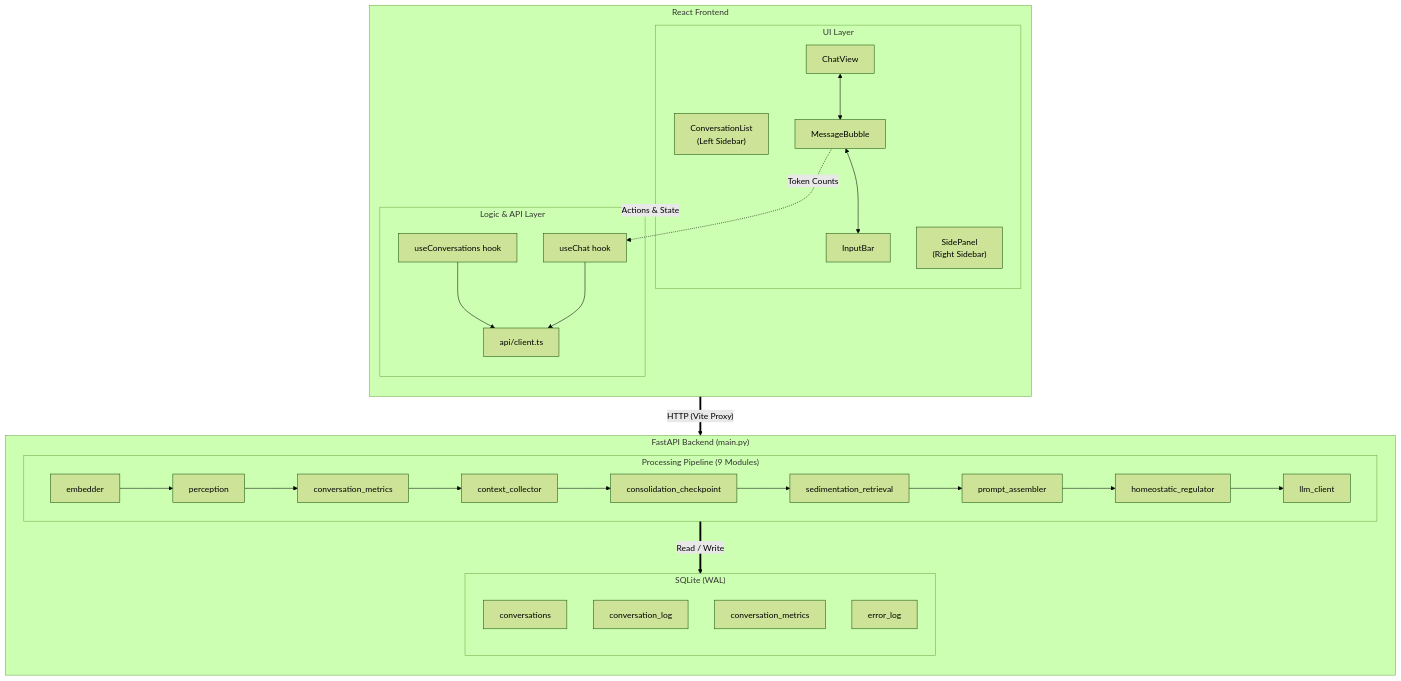
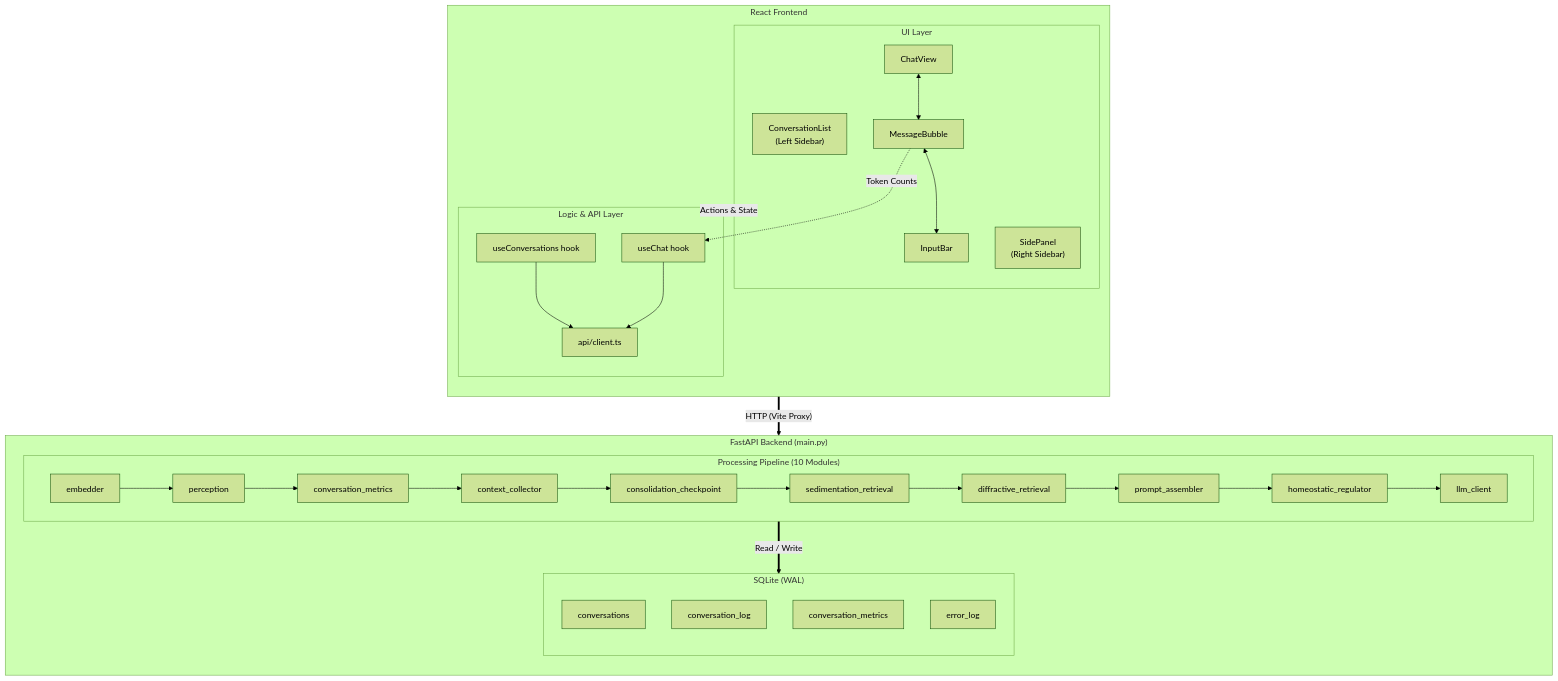
One commit to sympoietic-systems/AAA changed the first of 5 diagrams in docs/ARCHITECTURE.md. Above: the diagram before and after it, drawn with Mermaid (forest theme). The commit also changed other lines of this file and 17 other files, not shown here.

Commit message:
feat: implement diffractive retrieval module to mitigate conversational stagnation via dynamic lateral context injection and real-time telemetry

````diff
--- a/docs/ARCHITECTURE.md
+++ b/docs/ARCHITECTURE.md
@@ -5,41 +5,41 @@
 ```mermaid
 graph TB
     subgraph Frontend ["React Frontend"]
         direction TB
         subgraph Components ["UI Layer"]
             CL["ConversationList<br/>(Left Sidebar)"]
             CV["ChatView"]
             MB["MessageBubble"]
             IB["InputBar"]
             SP["SidePanel<br/>(Right Sidebar)"]
         end
         subgraph Logic ["Logic & API Layer"]
             UC["useChat hook"]
             UCO["useConversations hook"]
             AC["api/client.ts"]
         end
         CV <--> MB <--> IB
         MB -.->|Token Counts| UC
         UC & UCO --> AC
     end
 
     subgraph Backend ["FastAPI Backend (main.py)"]
         direction TB
-        subgraph Pipeline ["Processing Pipeline (9 Modules)"]
+        subgraph Pipeline ["Processing Pipeline (10 Modules)"]
             direction LR
-            M1["embedder"] --> M2["perception"] --> M3["conversation_metrics"] --> M4["context_collector"] --> M5["consolidation_checkpoint"] --> M6["sedimentation_retrieval"] --> M7["prompt_assembler"] --> M8["homeostatic_regulator"] --> M9["llm_client"]
+            M1["embedder"] --> M2["perception"] --> M3["conversation_metrics"] --> M4["context_collector"] --> M5["consolidation_checkpoint"] --> M6["sedimentation_retrieval"] --> M7["diffractive_retrieval"] --> M8["prompt_assembler"] --> M9["homeostatic_regulator"] --> M10["llm_client"]
         end
         
         subgraph Database ["SQLite (WAL)"]
             direction TB
             db1["conversations"]
             db2["conversation_log"]
             db3["conversation_metrics"]
             db4["error_log"]
         end
     end
 
     Components -. "Actions & State" .-> Logic
     AC == "HTTP (Vite Proxy)" ==> Backend
     Pipeline == "Read / Write" ==> Database
 ```
````
